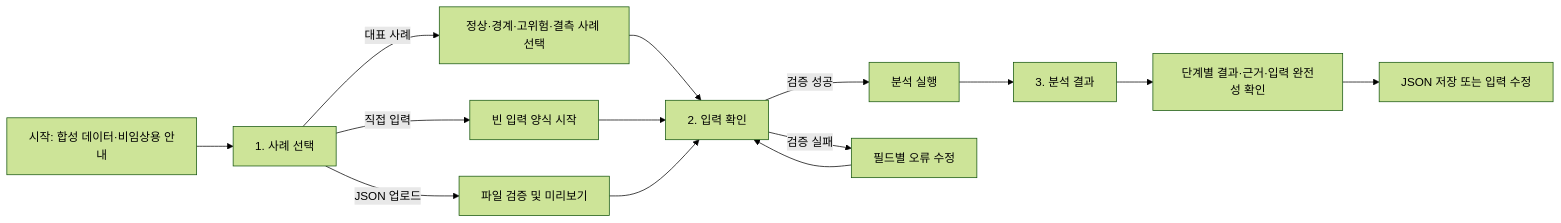
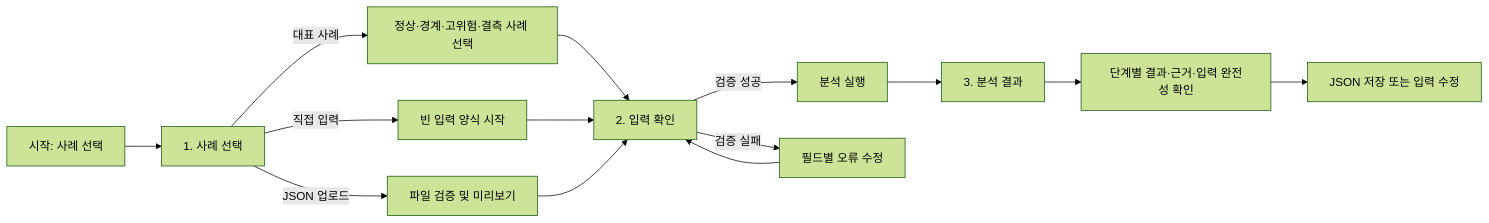
The diagram in docs/mvp-delivery-plan.md (sinyeonuk/PreCTG), drawn with Mermaid (forest theme) before and after one commit. The commit also changed other lines of this file and 4 other files, not shown here.

````diff
--- a/docs/mvp-delivery-plan.md
+++ b/docs/mvp-delivery-plan.md
@@ -72,16 +72,16 @@
 ```mermaid
 flowchart LR
-    A["시작: 합성 데이터·비임상용 안내"] --> B["1. 사례 선택"]
+    A["시작: 사례 선택"] --> B["1. 사례 선택"]
     B -->|"대표 사례"| C["정상·경계·고위험·결측 사례 선택"]
     B -->|"직접 입력"| D["빈 입력 양식 시작"]
     B -->|"JSON 업로드"| E["파일 검증 및 미리보기"]
     C --> F["2. 입력 확인"]
     D --> F
     E --> F
     F -->|"검증 성공"| G["분석 실행"]
     F -->|"검증 실패"| H["필드별 오류 수정"]
     H --> F
     G --> I["3. 분석 결과"]
     I --> J["단계별 결과·근거·입력 완전성 확인"]
     J --> K["JSON 저장 또는 입력 수정"]
 ```
````
